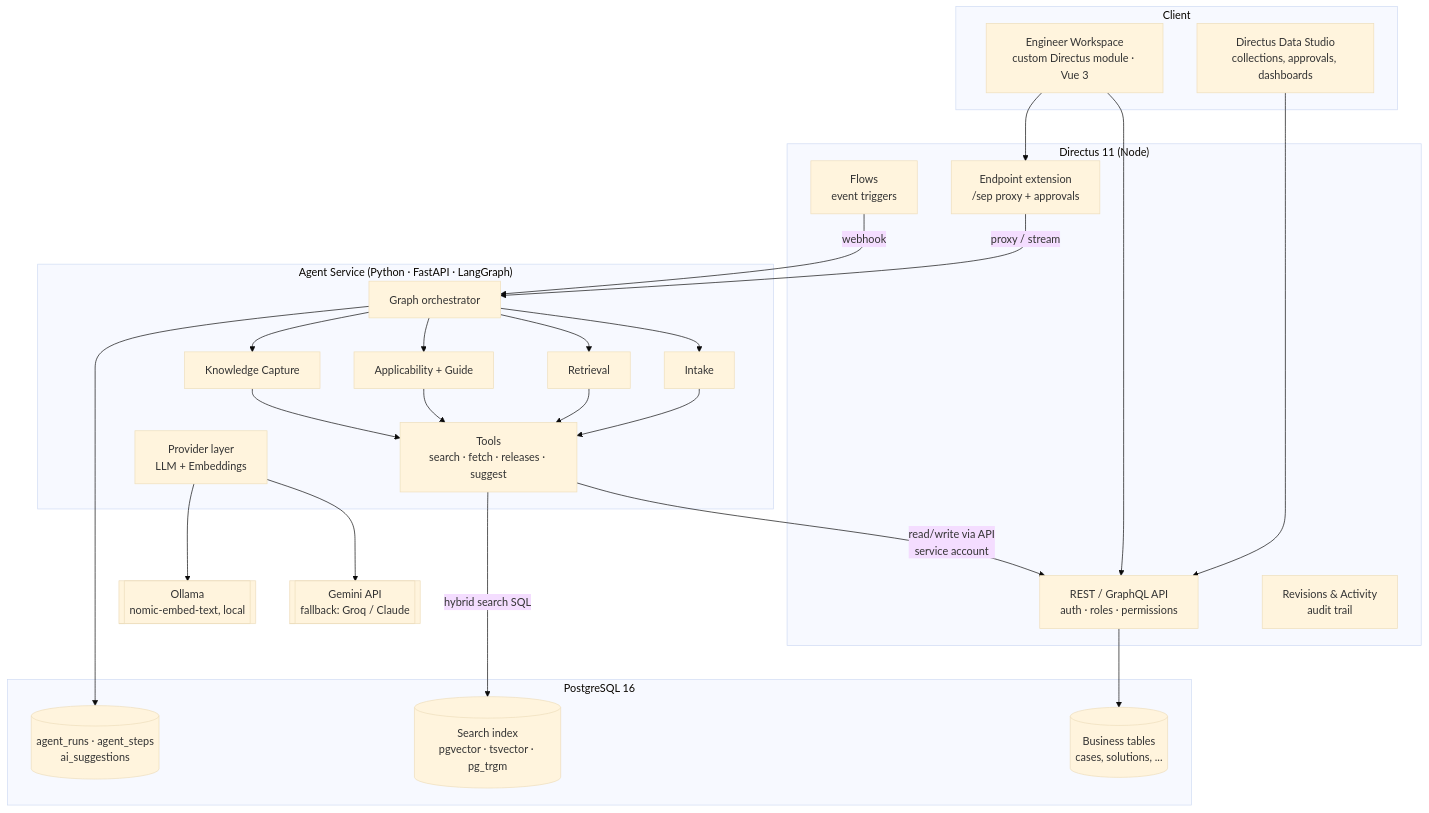
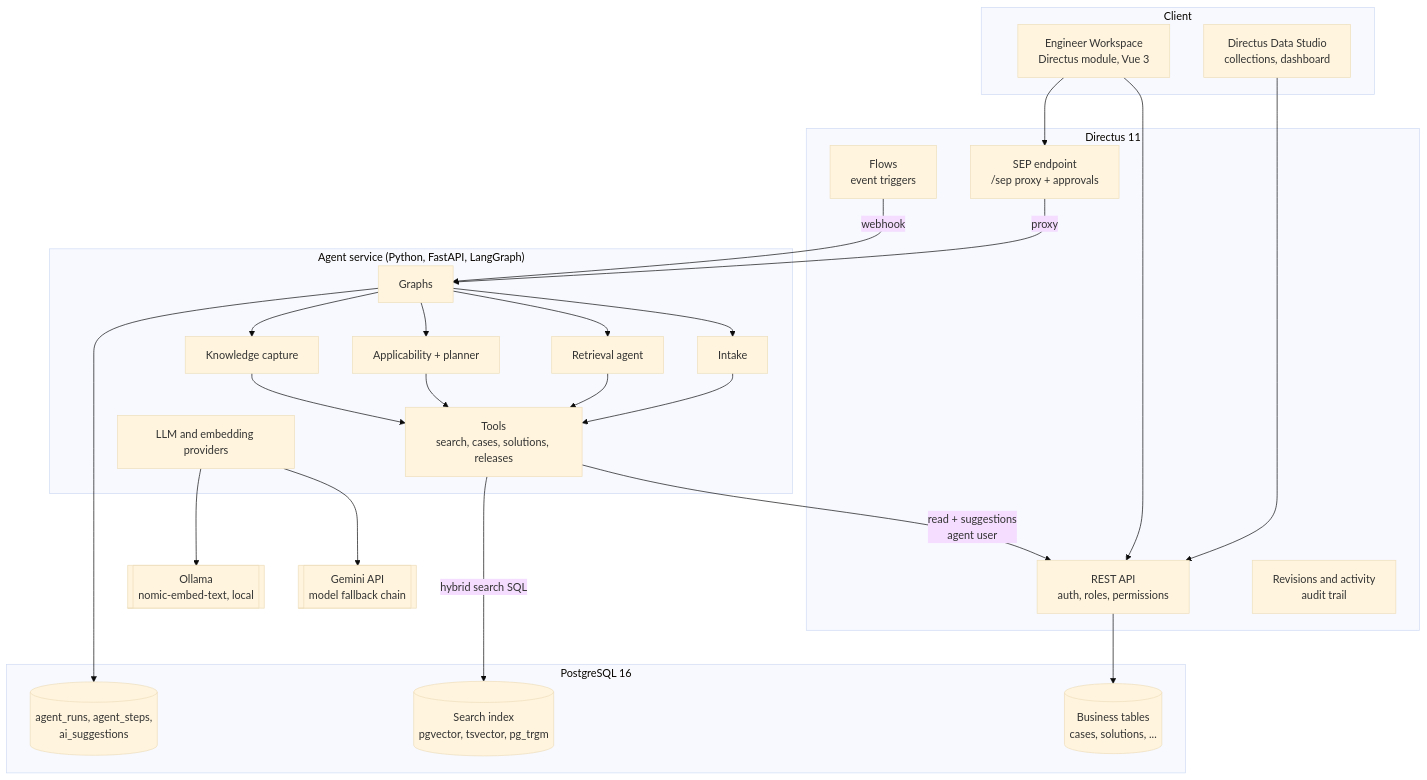
One commit to Maithiliii/viamedici-solution-platform changed the fourth of 10 diagrams in docs/02-product-implementation.md. Above: the diagram before and after it, drawn with Mermaid (base theme). The commit also changed other lines of this file and 2 other files, not shown here.

````diff
--- a/docs/02-product-implementation.md
+++ b/docs/02-product-implementation.md
@@ -157,47 +156,47 @@
 ```mermaid
 flowchart TB
     subgraph Client
-        WS[Engineer Workspace<br/>custom Directus module · Vue 3]
-        DS[Directus Data Studio<br/>collections, approvals, dashboards]
+        WS[Engineer Workspace<br/>Directus module, Vue 3]
+        DS[Directus Data Studio<br/>collections, dashboard]
     end
 
-    subgraph Directus["Directus 11 (Node)"]
-        API[REST / GraphQL API<br/>auth · roles · permissions]
+    subgraph Directus["Directus 11"]
+        API[REST API<br/>auth, roles, permissions]
         FL[Flows<br/>event triggers]
-        EP[Endpoint extension<br/>/sep proxy + approvals]
-        REV[Revisions & Activity<br/>audit trail]
+        EP[SEP endpoint<br/>/sep proxy + approvals]
+        REV[Revisions and activity<br/>audit trail]
     end
 
-    subgraph Agents["Agent Service (Python · FastAPI · LangGraph)"]
-        ORCH[Graph orchestrator]
+    subgraph Agents["Agent service (Python, FastAPI, LangGraph)"]
+        ORCH[Graphs]
         AG1[Intake]
-        AG2[Retrieval]
-        AG3[Applicability + Guide]
-        AG4[Knowledge Capture]
-        TOOLS[Tools<br/>search · fetch · releases · suggest]
-        PROV[Provider layer<br/>LLM + Embeddings]
+        AG2[Retrieval agent]
+        AG3[Applicability + planner]
+        AG4[Knowledge capture]
+        TOOLS[Tools<br/>search, cases, solutions, releases]
+        PROV[LLM and embedding providers]
     end
 
     subgraph Data["PostgreSQL 16"]
         BIZ[(Business tables<br/>cases, solutions, ...)]
-        IDX[(Search index<br/>pgvector · tsvector · pg_trgm)]
-        OBS[(agent_runs · agent_steps<br/>ai_suggestions)]
+        IDX[(Search index<br/>pgvector, tsvector, pg_trgm)]
+        OBS[(agent_runs, agent_steps,<br/>ai_suggestions)]
     end
 
-    LLM[[Gemini API<br/>fallback: Groq / Claude]]
+    LLM[[Gemini API<br/>model fallback chain]]
     EMB[[Ollama<br/>nomic-embed-text, local]]
 
     WS --> API
     WS --> EP
     DS --> API
     API --> BIZ
     FL -->|webhook| ORCH
-    EP -->|proxy / stream| ORCH
+    EP -->|proxy| ORCH
     ORCH --> AG1 & AG2 & AG3 & AG4
     AG1 & AG2 & AG3 & AG4 --> TOOLS
-    TOOLS -->|read/write via API<br/>service account| API
+    TOOLS -->|read + suggestions<br/>agent user| API
     TOOLS -->|hybrid search SQL| IDX
     ORCH --> OBS
     PROV --> LLM
     PROV --> EMB
 ```
````
